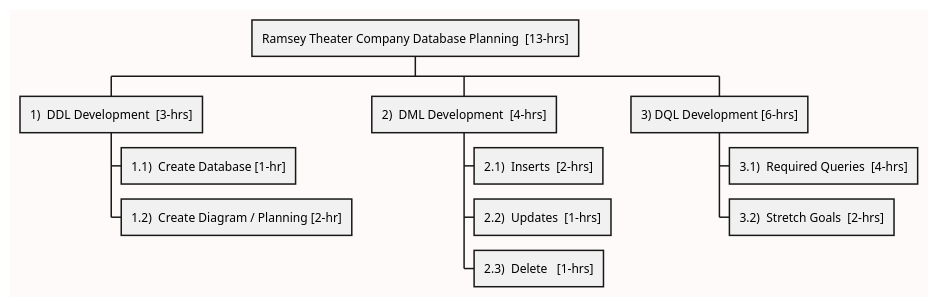
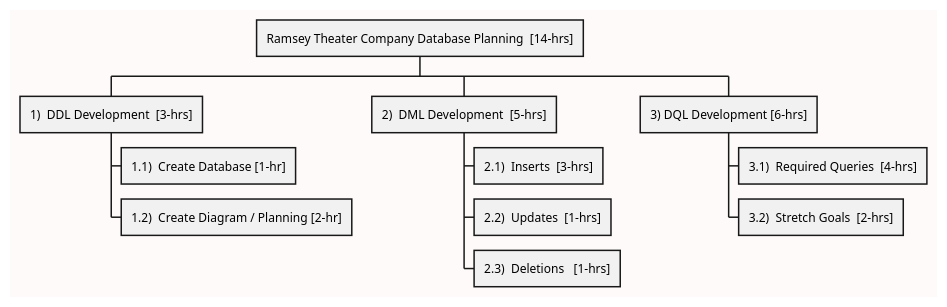
The second of 3 diagrams in week-06/TinyTheaters/src/README.md (Miro-Stojanovic97/mirostoj-exercises-assessments), drawn with PlantUML before and after one commit.

````diff
--- a/week-06/TinyTheaters/src/README.md
+++ b/week-06/TinyTheaters/src/README.md
@@ -30,23 +30,23 @@
 ```plantuml
 @startwbs
 skinparam linetype poly
 skinparam backgroundColor snow
 
 <style>
 node {
 MaximumWidth 350
 }
 </style>
-* Ramsey Theater Company Database Planning  [13-hrs]
+* Ramsey Theater Company Database Planning  [14-hrs]
 ** 1)  DDL Development  [3-hrs]
 *** 1.1)  Create Database [1-hr]
 *** 1.2)  Create Diagram / Planning [2-hr]
-** 2)  DML Development  [4-hrs]
-*** 2.1)  Inserts  [2-hrs]
+** 2)  DML Development  [5-hrs]
+*** 2.1)  Inserts  [3-hrs]
 *** 2.2)  Updates  [1-hrs]
-*** 2.3)  Delete   [1-hrs]
+*** 2.3)  Deletions   [1-hrs]
 ** 3) DQL Development [6-hrs]
 *** 3.1)  Required Queries  [4-hrs]
 *** 3.2)  Stretch Goals  [2-hrs]
 @endwbs
 ```
````
